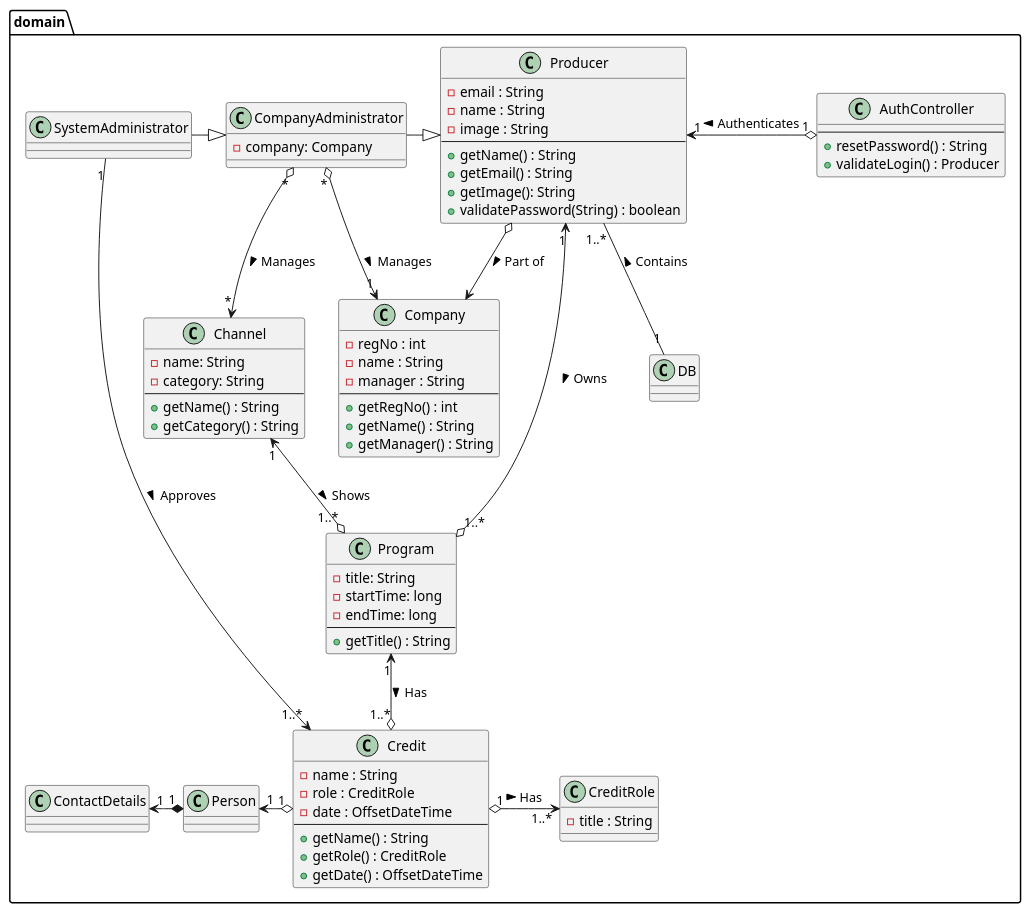
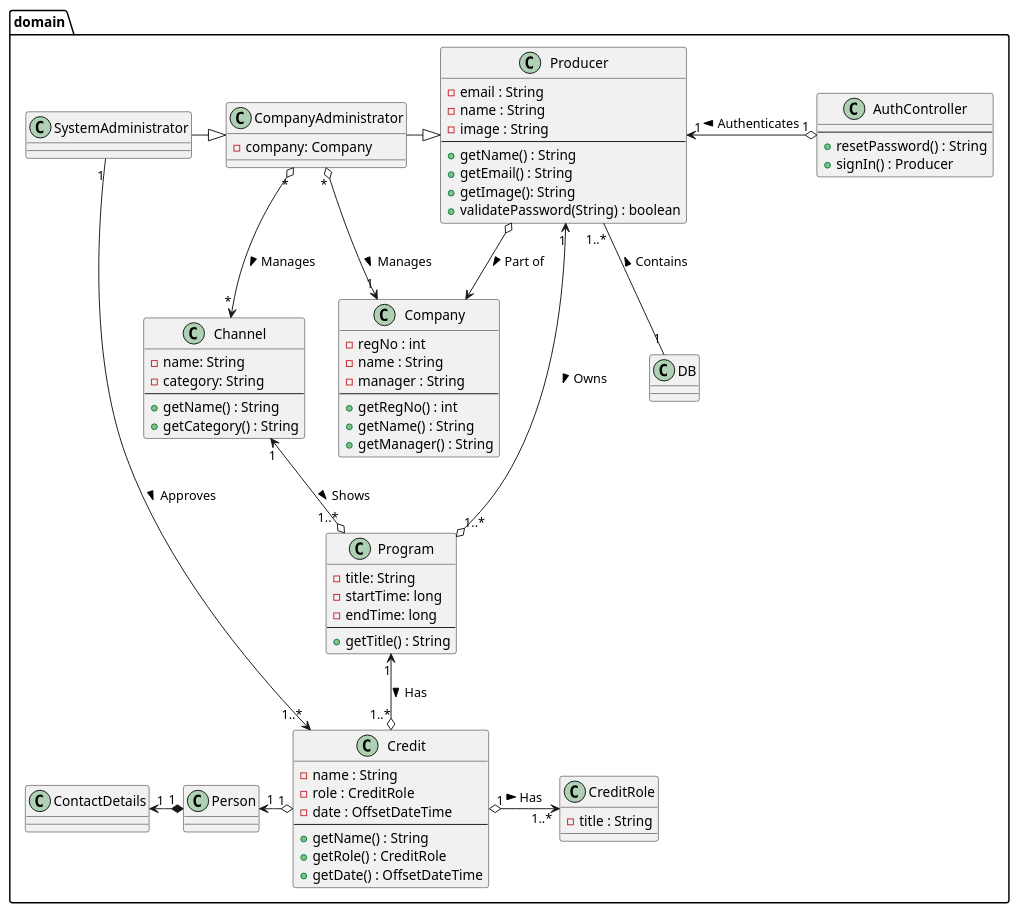
The diagram in uml/class_diagrams/domain_model/domain_model_extended.puml (amatzen/SE02-SE-G02-SPRO), drawn with PlantUML before and after one commit. The commit also changed 3 other files, not shown here.

```diff
--- a/uml/class_diagrams/domain_model/domain_model_extended.puml
+++ b/uml/class_diagrams/domain_model/domain_model_extended.puml
@@ -1,105 +1,105 @@
 @startuml
 'https://plantuml.com/class-diagram
 
 package "domain" {
     'Personer her
     class Producer {
         - email : String
         - name : String
         - image : String
         --
         + getName() : String
         + getEmail() : String
         + getImage(): String
         + validatePassword(String) : boolean
     }
 
     class CompanyAdministrator {
         - company: Company
     }
 
     class SystemAdministrator {
     }
 
     'Naeste
     class Company {
         - regNo : int
         - name : String
         - manager : String
         --
         + getRegNo() : int
         + getName() : String
         + getManager() : String
     }
 
     class Channel {
         - name: String
         - category: String
         --
         + getName() : String
         + getCategory() : String
     }
 
     class Program {
         - title: String
         -startTime: long
         -endTime: long
         --
         + getTitle() : String
     }
 
     class CreditRole {
         - title : String
     }
 
 
     class Credit {
         - name : String
         - role : CreditRole
         - date : OffsetDateTime
         --
         + getName() : String
         + getRole() : CreditRole
         + getDate() : OffsetDateTime
     }
 
     'Controller
     class AuthController {
         --
         + resetPassword() : String
-        + validateLogin() : Producer
+        + signIn() : Producer
     }
 
     'Statics
     class DB {
     }
 
     class Person {
     }
 
     class ContactDetails {
     }
 }
 
 SystemAdministrator "1" --> "1..*" Credit : "Approves >"
 SystemAdministrator -|> CompanyAdministrator
 
 CompanyAdministrator -|> Producer
 CompanyAdministrator "*" o--> "1" Company : "Manages >"
 CompanyAdministrator "*" o--> "*" Channel : "Manages >"
 
 Producer "1" <--o "1..*" Program : "Owns >"
 Producer "1" <-o "1" AuthController : "Authenticates <"
 Producer o--> Company : "Part of >"
 Producer "1..*" -- "1" DB : "Contains <"
 
 Channel "1" <--o "1..*" Program : "Shows >"
 
 Credit "1" o-> "1..*" CreditRole : "Has >"
 
 Program "1" <--o "1..*" Credit : "Has >"
 
 Person "1" <-o "1" Credit
 ContactDetails "1" <-* "1" Person
 
 @enduml
```
